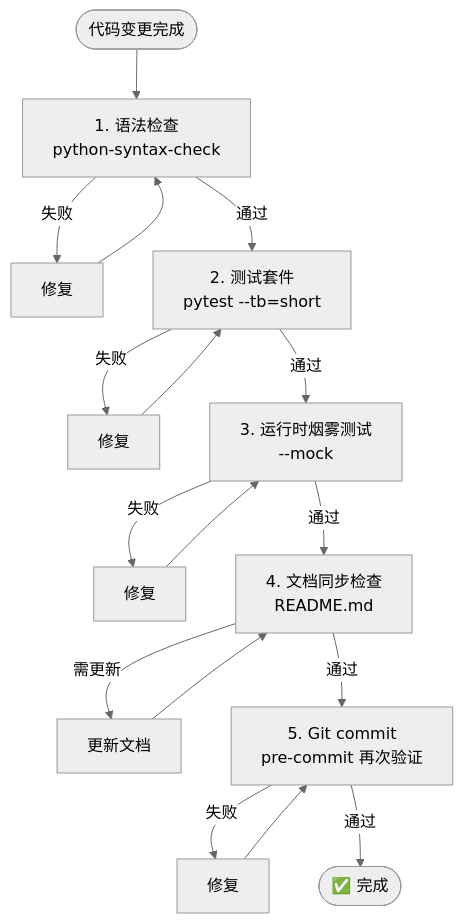
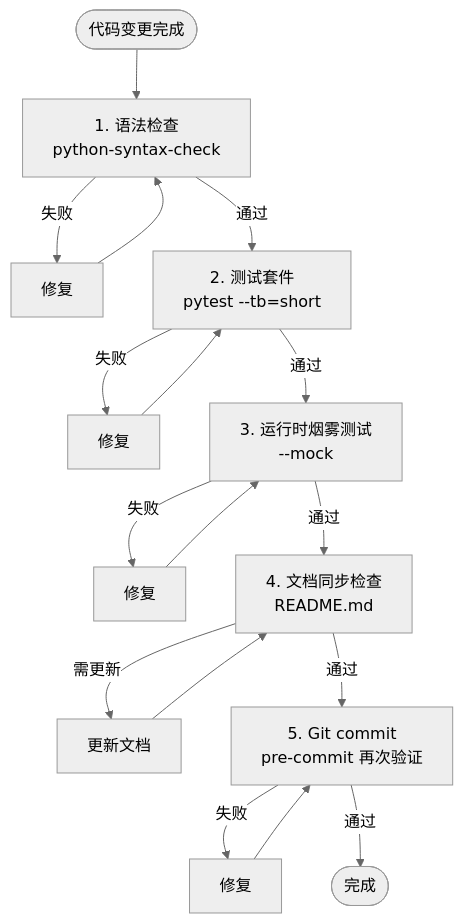
The third of 6 diagrams in docs/QUALITY_PLAN.md (wwwhhh333/FaceDoodle), drawn with Mermaid (neutral theme) before and after one commit. The commit also changed other lines of this file and 18 other files, not shown here.

````diff
--- a/docs/QUALITY_PLAN.md
+++ b/docs/QUALITY_PLAN.md
@@ -246,19 +247,19 @@
 ```mermaid
 flowchart TD
     START(["代码变更完成"]) --> S1["1. 语法检查<br/>python-syntax-check"]
     S1 -->|失败| FIX["修复"]
     FIX --> S1
     S1 -->|通过| S2["2. 测试套件<br/>pytest --tb=short"]
     S2 -->|失败| FIX2["修复"]
     FIX2 --> S2
     S2 -->|通过| S3["3. 运行时烟雾测试<br/>--mock"]
     S3 -->|失败| FIX3["修复"]
     FIX3 --> S3
     S3 -->|通过| S4["4. 文档同步检查<br/>README.md"]
     S4 -->|需更新| DOC["更新文档"]
     DOC --> S4
     S4 -->|通过| S5["5. Git commit<br/>pre-commit 再次验证"]
     S5 -->|失败| FIX4["修复"]
     FIX4 --> S5
-    S5 -->|通过| DONE(["✅ 完成"])
+    S5 -->|通过| DONE(["完成"])
 ```
````
